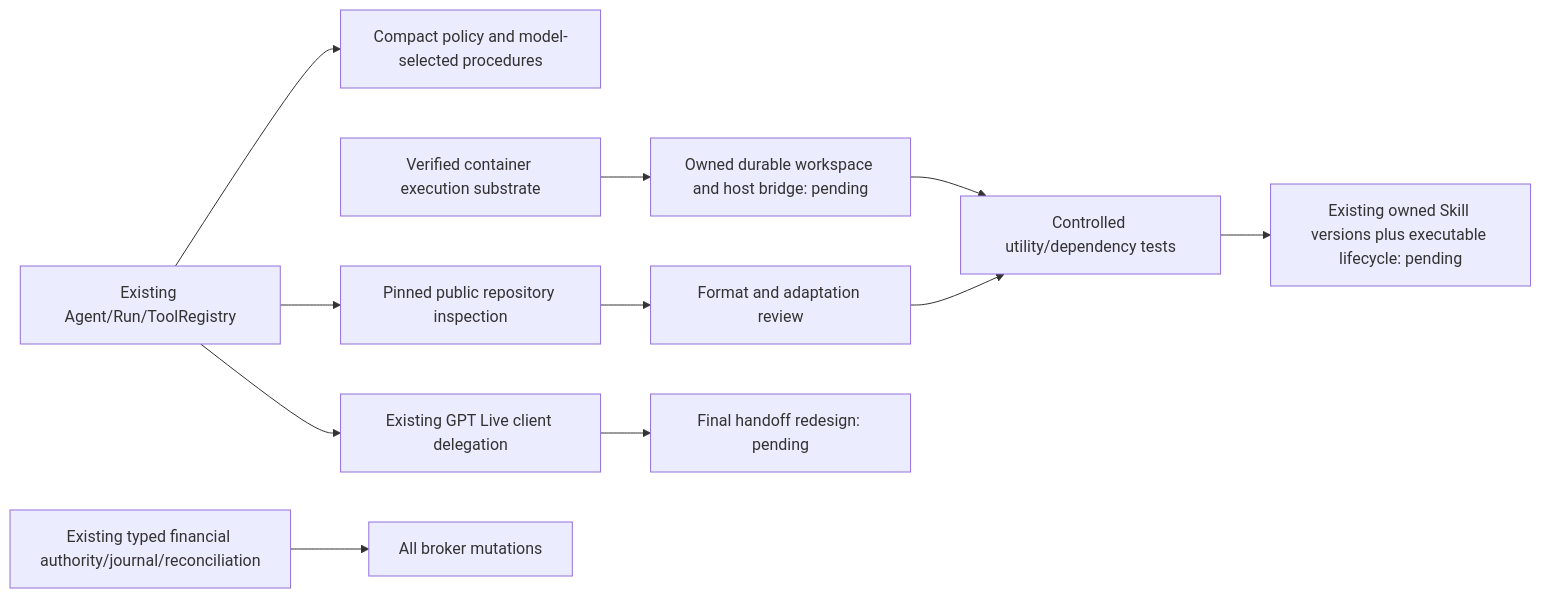
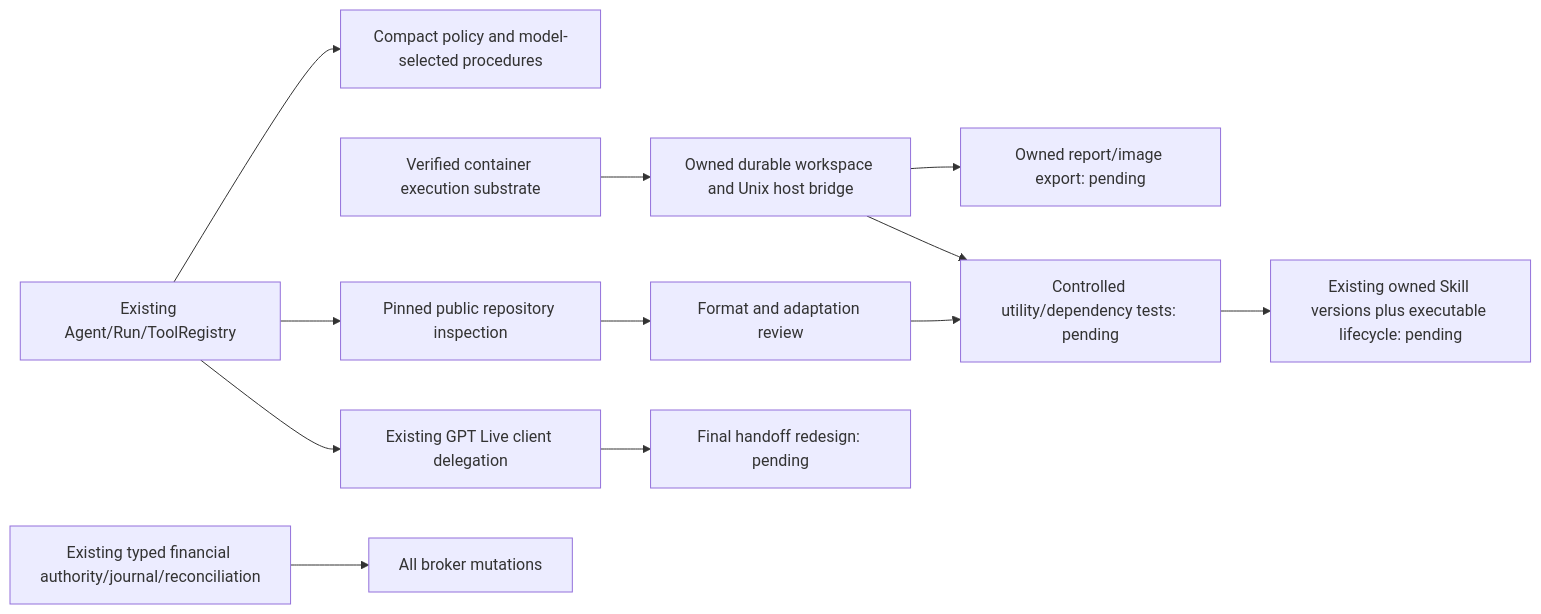
Before and after one commit to loorksy/lonorabot: the first of 3 diagrams in docs/lonora-specs/DEPENDENCY_GRAPH.md, drawn with Mermaid. The commit also changed 33 other files, not shown here.

Commit message:
feat(agent): persist owned analytical workspaces and isolated execution

````diff
--- a/docs/lonora-specs/DEPENDENCY_GRAPH.md
+++ b/docs/lonora-specs/DEPENDENCY_GRAPH.md
@@ -5,13 +5,14 @@
 ```mermaid
 flowchart LR
   Runtime[Existing Agent/Run/ToolRegistry] --> Compact[Compact policy and model-selected procedures]
   Runtime --> Inspect[Pinned public repository inspection]
   Inspect --> Review[Format and adaptation review]
-  Sandbox[Verified container execution substrate] --> Bridge[Owned durable workspace and host bridge: pending]
-  Bridge --> Test[Controlled utility/dependency tests]
+  Sandbox[Verified container execution substrate] --> Bridge[Owned durable workspace and Unix host bridge]
+  Bridge --> Artifacts[Owned report/image export: pending]
+  Bridge --> Test[Controlled utility/dependency tests: pending]
   Review --> Test
   Test --> Lifecycle[Existing owned Skill versions plus executable lifecycle: pending]
   Runtime --> Voice[Existing GPT Live client delegation]
   Voice --> Handoff[Final handoff redesign: pending]
   Authority[Existing typed financial authority/journal/reconciliation] --> Trading[All broker mutations]
 ```
````
